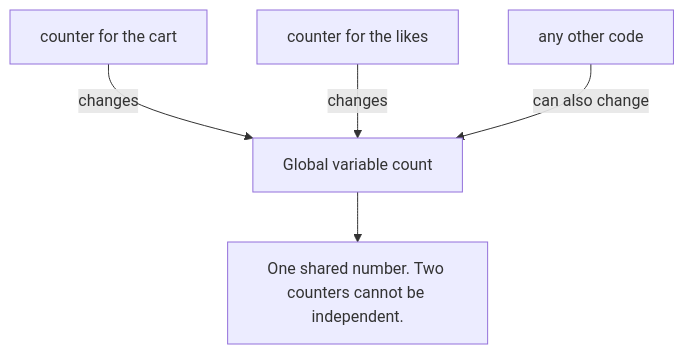
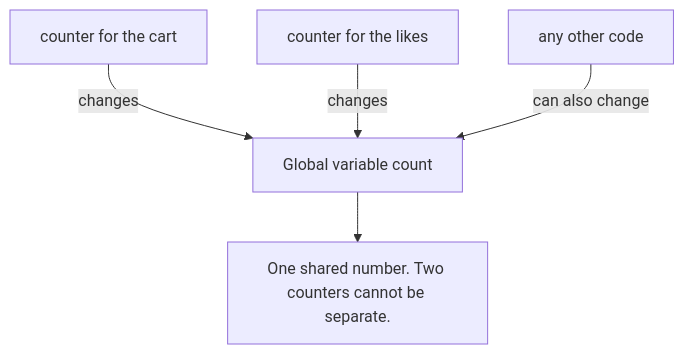
Before and after one commit to starjustice/research-material: the third of 12 diagrams in learn/javascript/05-closures.md, drawn with Mermaid. The commit also changed other lines of this file and 10 other files, not shown here.

````diff
--- a/learn/javascript/05-closures.md
+++ b/learn/javascript/05-closures.md
@@ -59,8 +57,8 @@
 ```mermaid
 graph TB
     G["Global variable count"]
     A["counter for the cart"] -->|changes| G
     B["counter for the likes"] -->|changes| G
     C["any other code"] -->|can also change| G
-    G --> R["One shared number. Two counters cannot be independent."]
+    G --> R["One shared number. Two counters cannot be separate."]
 ```
````
